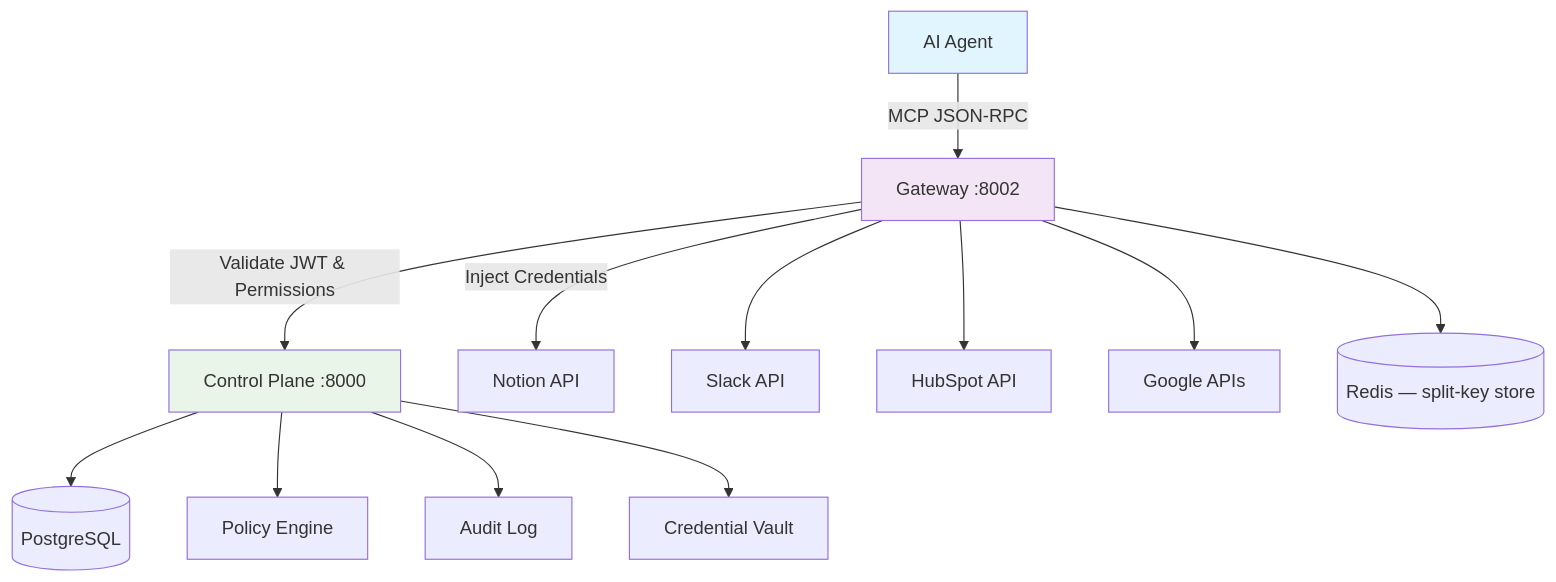
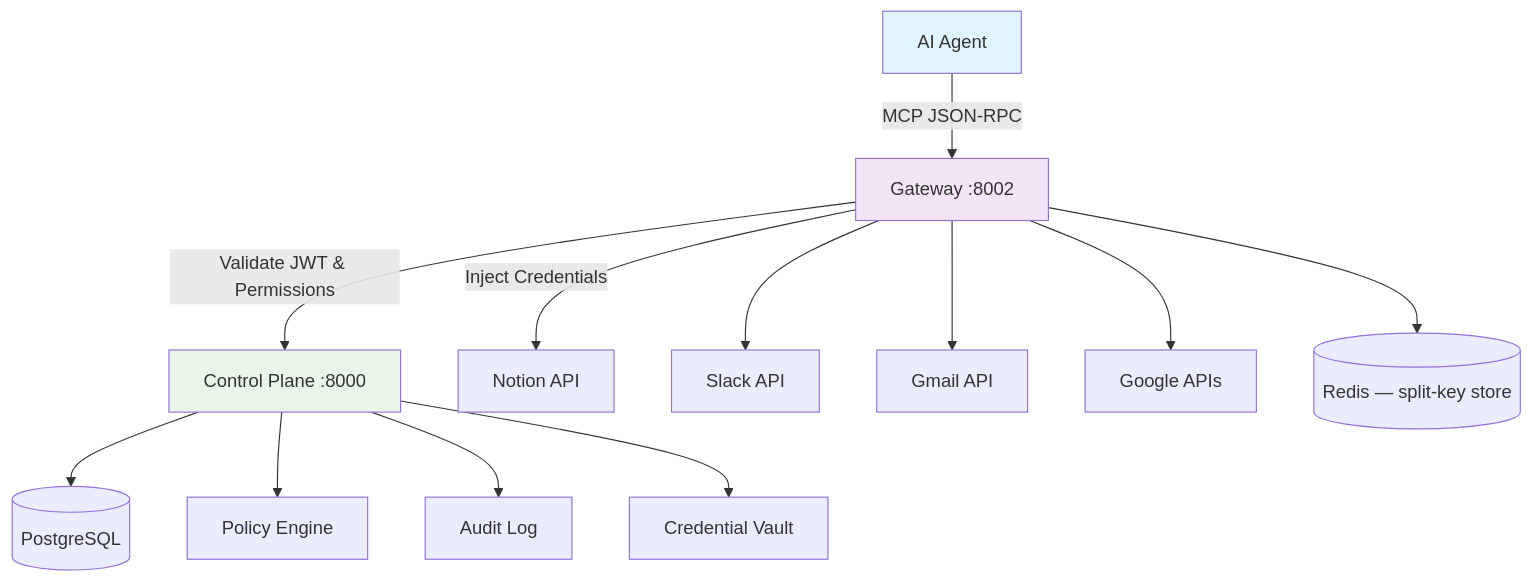
The diagram in README.md (DeepTrail/deepsecure-trust), drawn with Mermaid before and after one commit. The commit also changed other lines of this file and 124 other files, not shown here.

````diff
--- a/README.md
+++ b/README.md
@@ -174,21 +174,21 @@
 ```mermaid
 graph TB
     A[AI Agent] -->|MCP JSON-RPC| C[Gateway :8002]
 
     C -->|Validate JWT & Permissions| D[Control Plane :8000]
     C -->|Inject Credentials| E[Notion API]
     C --> F[Slack API]
-    C --> G[HubSpot API]
+    C --> G[Gmail API]
     C --> H[Google APIs]
 
     D --> I[(PostgreSQL)]
     D --> J[Policy Engine]
     D --> K[Audit Log]
     D --> L[Credential Vault]
 
     C --> M[(Redis — split-key store)]
 
     style A fill:#e1f5fe
     style C fill:#f3e5f5
     style D fill:#e8f5e8
 ```
````
